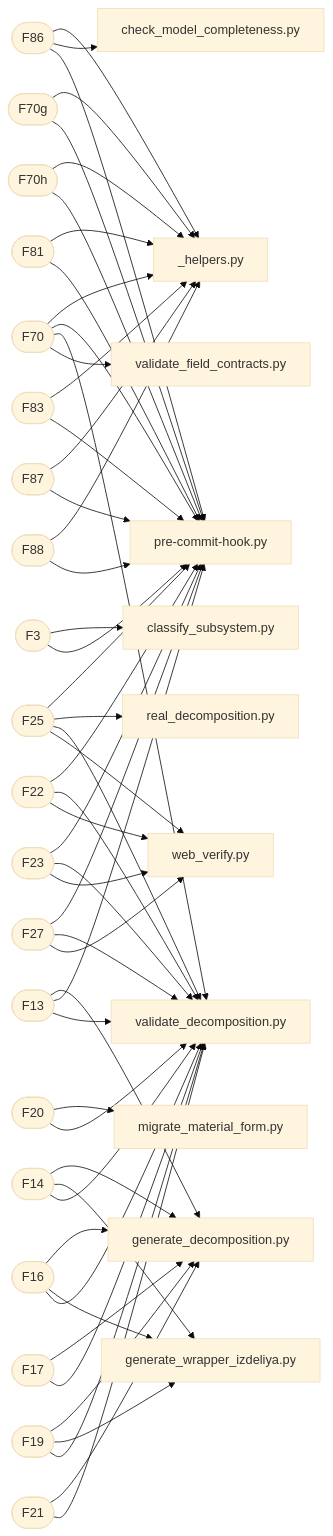
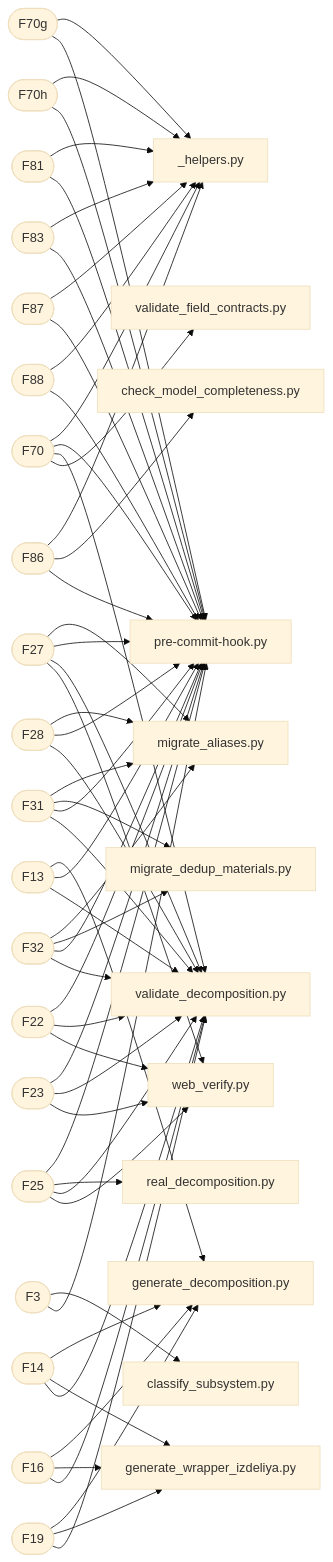
Before and after one commit to a-m-e-n-t-e-t/SkyNet: the diagram in graphs/mermaid/graph3_traceability.md, drawn with Mermaid (base theme). The commit also changed other lines of this file and 32 other files, not shown here.

````diff
--- a/graphs/mermaid/graph3_traceability.md
+++ b/graphs/mermaid/graph3_traceability.md
@@ -11,6 +11,33 @@
     F70 --> script_validate_decomposition_py
     script_validate_field_contracts_py[validate_field_contracts.py]
     F70 --> script_validate_field_contracts_py
+    F27([F27])
+    script_migrate_aliases_py[migrate_aliases.py]
+    F27 --> script_migrate_aliases_py
+    script_pre-commit-hook_py[pre-commit-hook.py]
+    F27 --> script_pre-commit-hook_py
+    script_validate_decomposition_py[validate_decomposition.py]
+    F27 --> script_validate_decomposition_py
+    script_web_verify_py[web_verify.py]
+    F27 --> script_web_verify_py
+    F31([F31])
+    script_migrate_aliases_py[migrate_aliases.py]
+    F31 --> script_migrate_aliases_py
+    script_migrate_dedup_materials_py[migrate_dedup_materials.py]
+    F31 --> script_migrate_dedup_materials_py
+    script_pre-commit-hook_py[pre-commit-hook.py]
+    F31 --> script_pre-commit-hook_py
+    script_validate_decomposition_py[validate_decomposition.py]
+    F31 --> script_validate_decomposition_py
+    F32([F32])
+    script_migrate_aliases_py[migrate_aliases.py]
+    F32 --> script_migrate_aliases_py
+    script_migrate_dedup_materials_py[migrate_dedup_materials.py]
+    F32 --> script_migrate_dedup_materials_py
+    script_pre-commit-hook_py[pre-commit-hook.py]
+    F32 --> script_pre-commit-hook_py
+    script_validate_decomposition_py[validate_decomposition.py]
+    F32 --> script_validate_decomposition_py
     F25([F25])
     script_pre-commit-hook_py[pre-commit-hook.py]
     F25 --> script_pre-commit-hook_py
@@ -55,6 +82,13 @@
     F19 --> script_generate_wrapper_izdeliya_py
     script_validate_decomposition_py[validate_decomposition.py]
     F19 --> script_validate_decomposition_py
+    F28([F28])
+    script_migrate_aliases_py[migrate_aliases.py]
+    F28 --> script_migrate_aliases_py
+    script_pre-commit-hook_py[pre-commit-hook.py]
+    F28 --> script_pre-commit-hook_py
+    script_validate_decomposition_py[validate_decomposition.py]
+    F28 --> script_validate_decomposition_py
     F22([F22])
     script_pre-commit-hook_py[pre-commit-hook.py]
     F22 --> script_pre-commit-hook_py
@@ -69,13 +103,6 @@
     F23 --> script_validate_decomposition_py
     script_web_verify_py[web_verify.py]
     F23 --> script_web_verify_py
-    F27([F27])
-    script_pre-commit-hook_py[pre-commit-hook.py]
-    F27 --> script_pre-commit-hook_py
-    script_validate_decomposition_py[validate_decomposition.py]
-    F27 --> script_validate_decomposition_py
-    script_web_verify_py[web_verify.py]
-    F27 --> script_web_verify_py
     F70g([F70g])
     script__helpers_py[_helpers.py]
     F70g --> script__helpers_py
@@ -111,19 +138,4 @@
     F3 --> script_classify_subsystem_py
     script_pre-commit-hook_py[pre-commit-hook.py]
     F3 --> script_pre-commit-hook_py
-    F17([F17])
-    script_generate_decomposition_py[generate_decomposition.py]
-    F17 --> script_generate_decomposition_py
-    script_validate_decomposition_py[validate_decomposition.py]
-    F17 --> script_validate_decomposition_py
-    F21([F21])
-    script_generate_decomposition_py[generate_decomposition.py]
-    F21 --> script_generate_decomposition_py
-    script_validate_decomposition_py[validate_decomposition.py]
-    F21 --> script_validate_decomposition_py
-    F20([F20])
-    script_migrate_material_form_py[migrate_material_form.py]
-    F20 --> script_migrate_material_form_py
-    script_validate_decomposition_py[validate_decomposition.py]
-    F20 --> script_validate_decomposition_py
 ```
````
